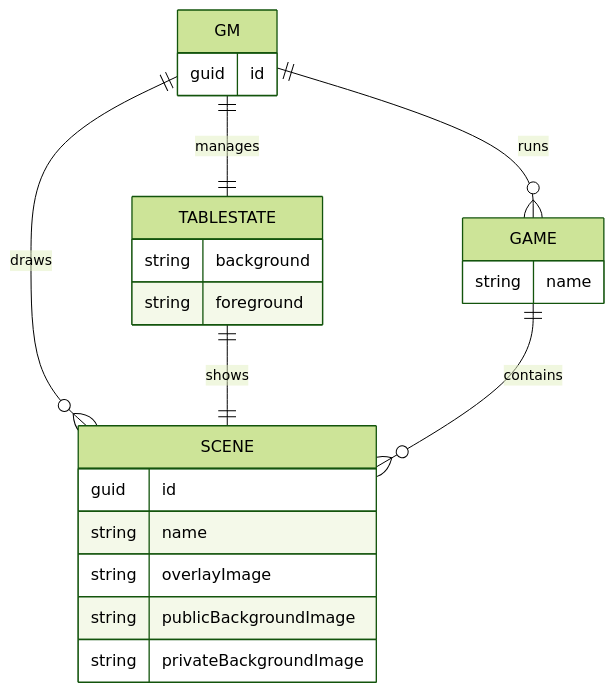
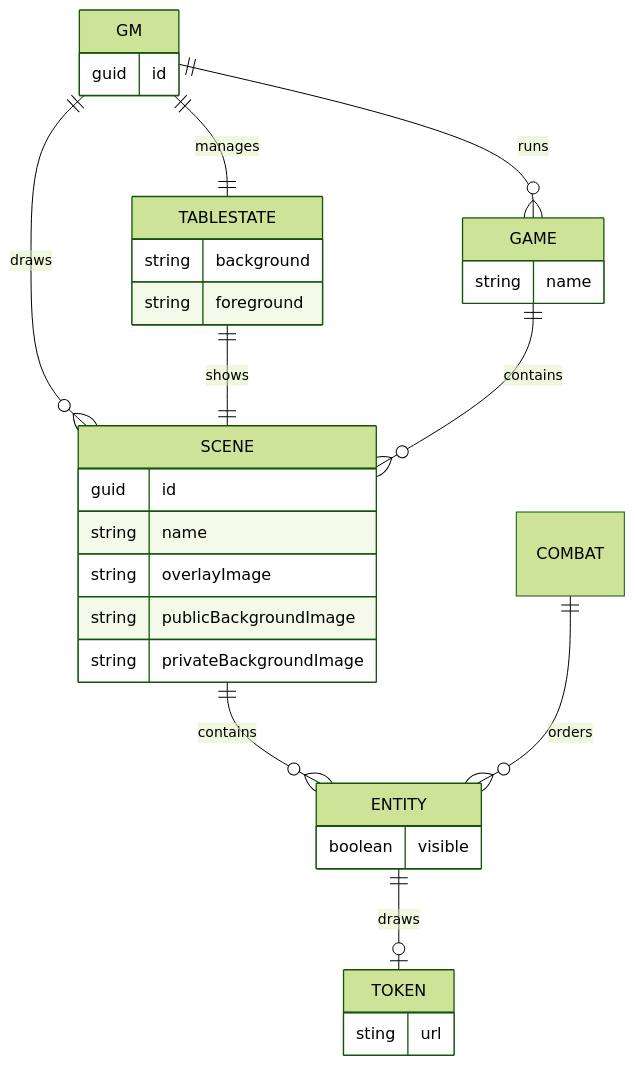
One commit to micahg/tbltp changed the diagram in packages/api/README.md. Above: the diagram before and after it, drawn with Mermaid (forest theme). The commit also changed 2 other files, not shown here.

````diff
--- a/packages/api/README.md
+++ b/packages/api/README.md
@@ -46,34 +46,48 @@
 ```mermaid
 erDiagram
 
 GM ||--o{ SCENE : draws
 
 GM ||--o{ GAME : runs
 
 GM ||--|| TABLESTATE : manages
 
 TABLESTATE ||--|| SCENE : shows
 
 GAME ||--o{ SCENE : contains
+
+SCENE ||--o{ ENTITY : contains
+
+ENTITY ||--o| TOKEN : draws
+
+COMBAT ||--o{ ENTITY : orders
 
 GM {
   guid id
 }
 
 SCENE {
   guid id
   string name
   string overlayImage
   string publicBackgroundImage
   string privateBackgroundImage
 }
 
 TABLESTATE {
   string background
   string foreground
 }
 
 GAME {
   string name
 }
+
+ENTITY {
+  boolean visible
+}
+
+TOKEN {
+  sting url
+}
 ```
````
